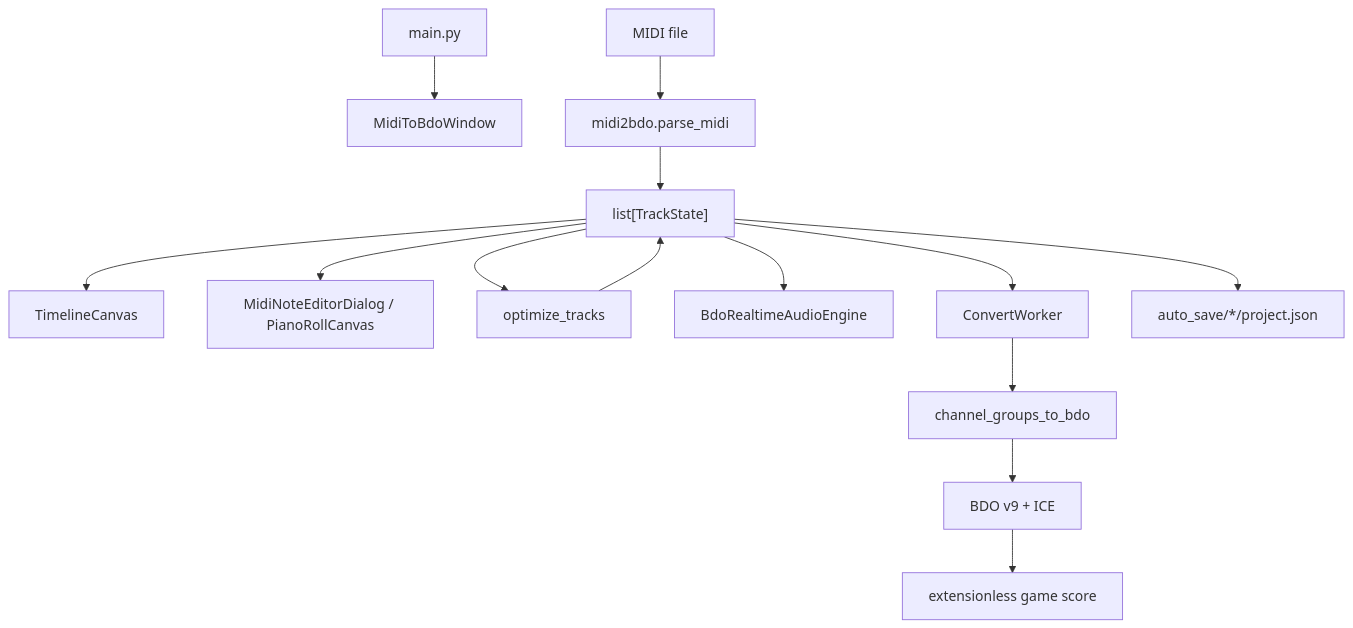
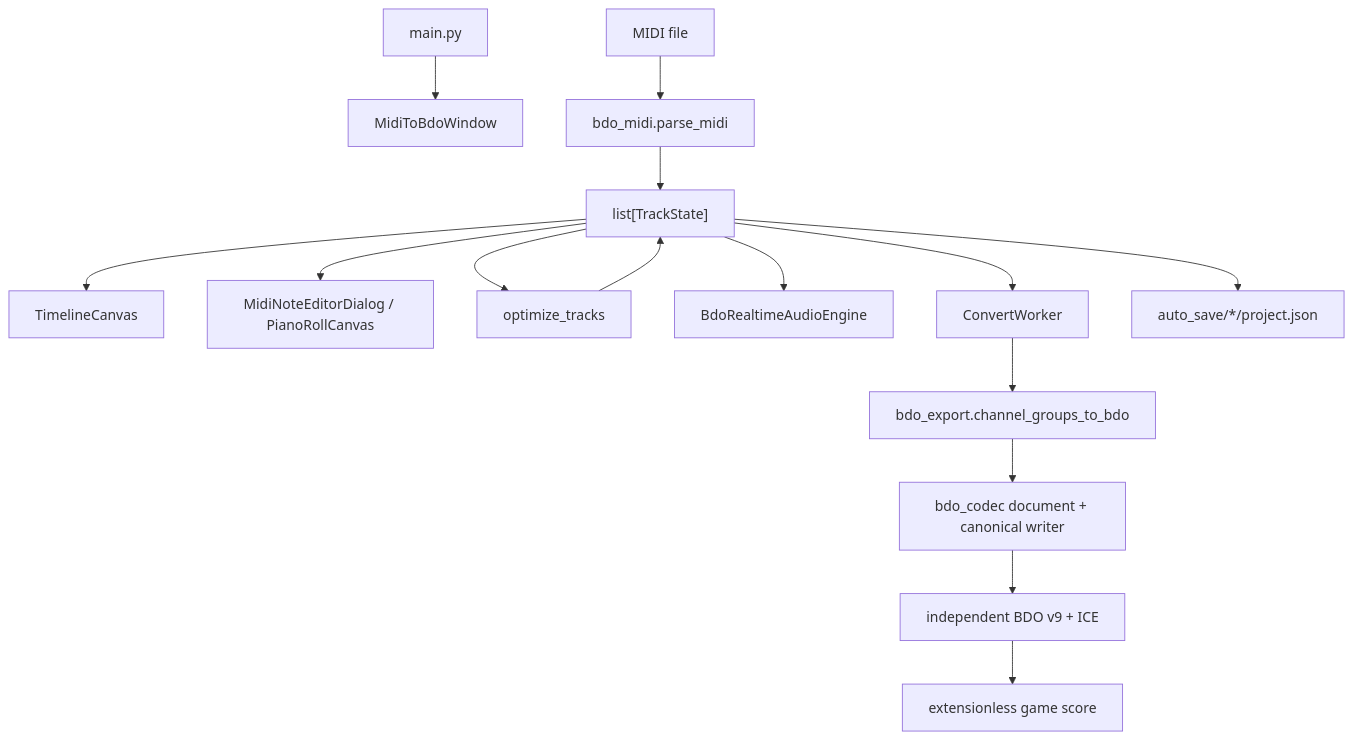
Before and after one commit to CocoaMist/3007-BDO_Music_Composer: the diagram in docs/ARCHITECTURE.md, drawn with Mermaid. The commit also changed other lines of this file and 76 other files, not shown here.

Commit message:
release: prepare independent v0.3.0 MIDI-to-BDO pipeline

````diff
--- a/docs/ARCHITECTURE.md
+++ b/docs/ARCHITECTURE.md
@@ -7,16 +7,17 @@
 ```mermaid
 flowchart TD
     Entry["main.py"] --> GUI["MidiToBdoWindow"]
-    MIDI["MIDI file"] --> Parser["midi2bdo.parse_midi"]
+    MIDI["MIDI file"] --> Parser["bdo_midi.parse_midi"]
     Parser --> Tracks["list[TrackState]"]
     Tracks --> Timeline["TimelineCanvas"]
     Tracks --> Editor["MidiNoteEditorDialog / PianoRollCanvas"]
     Tracks --> Optimizer["optimize_tracks"]
     Optimizer --> Tracks
     Tracks --> Preview["BdoRealtimeAudioEngine"]
     Tracks --> Worker["ConvertWorker"]
-    Worker --> Serializer["channel_groups_to_bdo"]
-    Serializer --> ICE["BDO v9 + ICE"]
+    Worker --> Adapter["bdo_export.channel_groups_to_bdo"]
+    Adapter --> Serializer["bdo_codec document + canonical writer"]
+    Serializer --> ICE["independent BDO v9 + ICE"]
     ICE --> GameScore["extensionless game score"]
     Tracks --> Autosave["auto_save/*/project.json"]
 ```
````
